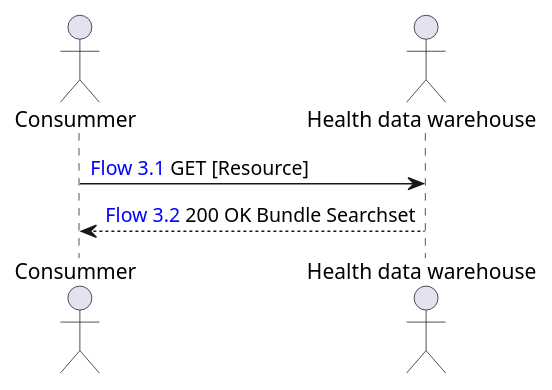
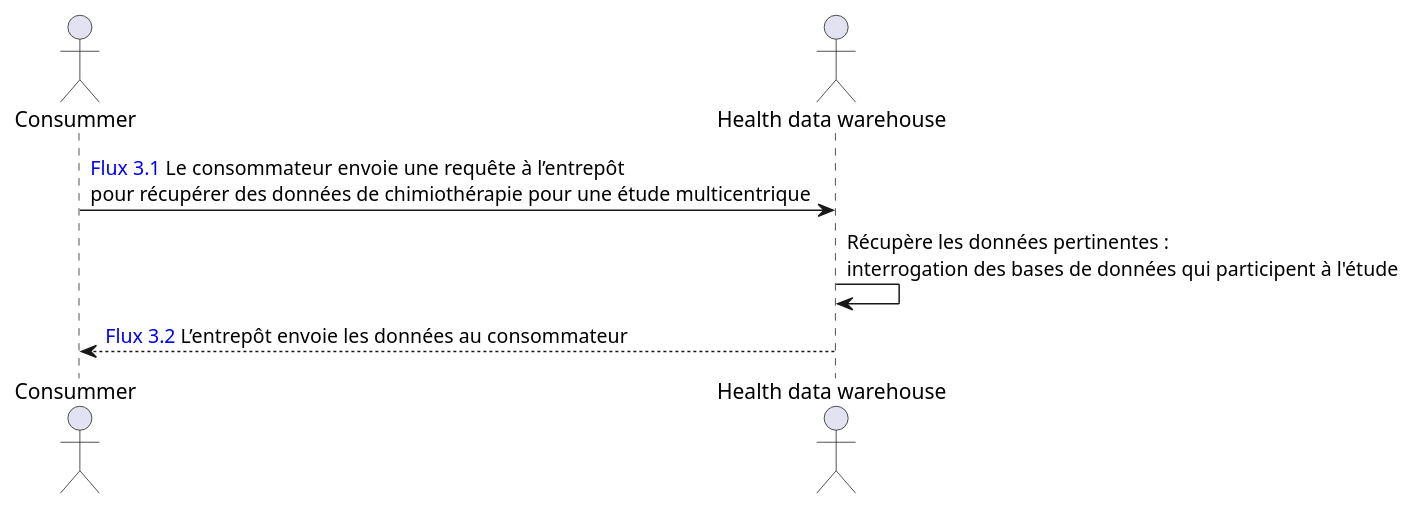
One commit to ONCOFAIR/FHIR-ImplementationGuide-Article changed the diagram in input/images-source/multicentric_study_research_flow_fonctionnal.plantuml. Above: the diagram before and after it, drawn with PlantUML. The commit also changed 35 other files, not shown here.

```diff
--- a/input/images-source/multicentric_study_research_flow_fonctionnal.plantuml
+++ b/input/images-source/multicentric_study_research_flow_fonctionnal.plantuml
@@ -1,7 +1,8 @@
 @startuml
 actor "Consummer" as C
 actor "Health data warehouse" as EDS
 
-C -> EDS: <color:blue>Flow 3.1</color> GET [Resource]
-EDS --> C: <color:blue>Flow 3.2</color> 200 OK Bundle Searchset
+C -> EDS: <color:blue>Flux 3.1</color> Le consommateur envoie une requête à l’entrepôt \npour récupérer des données de chimiothérapie pour une étude multicentrique
+EDS-> EDS : Récupère les données pertinentes : \ninterrogation des bases de données qui participent à l'étude
+EDS --> C : <color:blue>Flux 3.2</color> L’entrepôt envoie les données au consommateur
 @enduml
```
